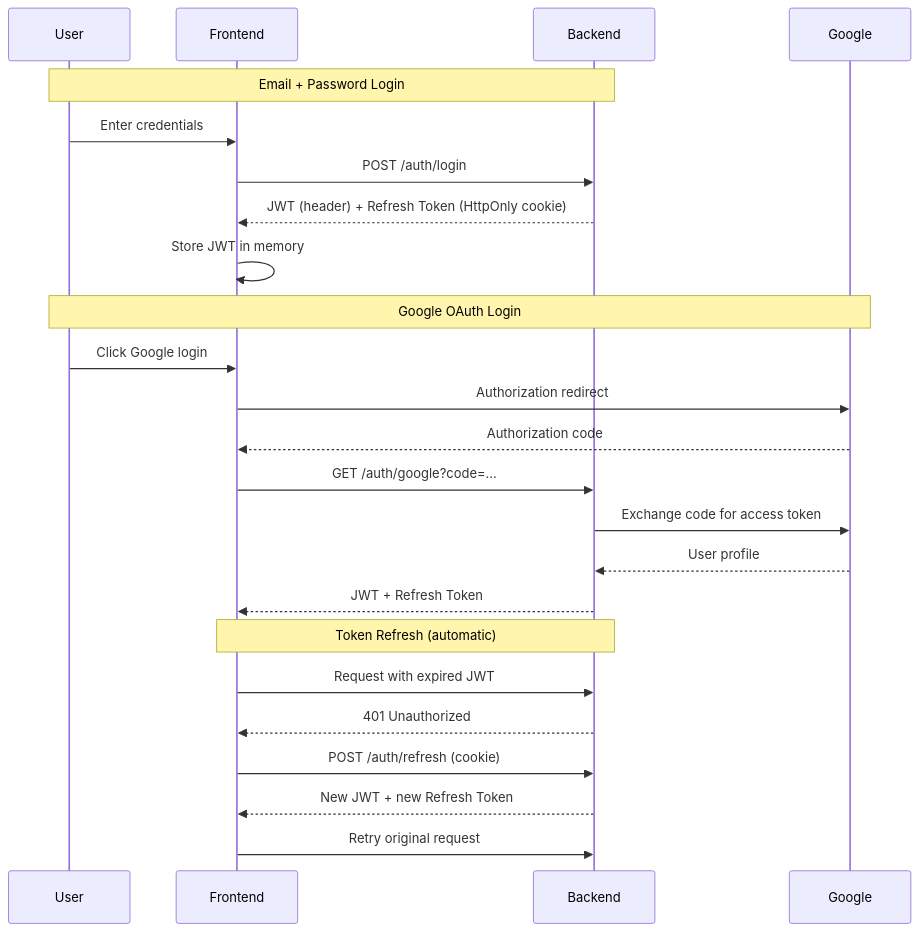
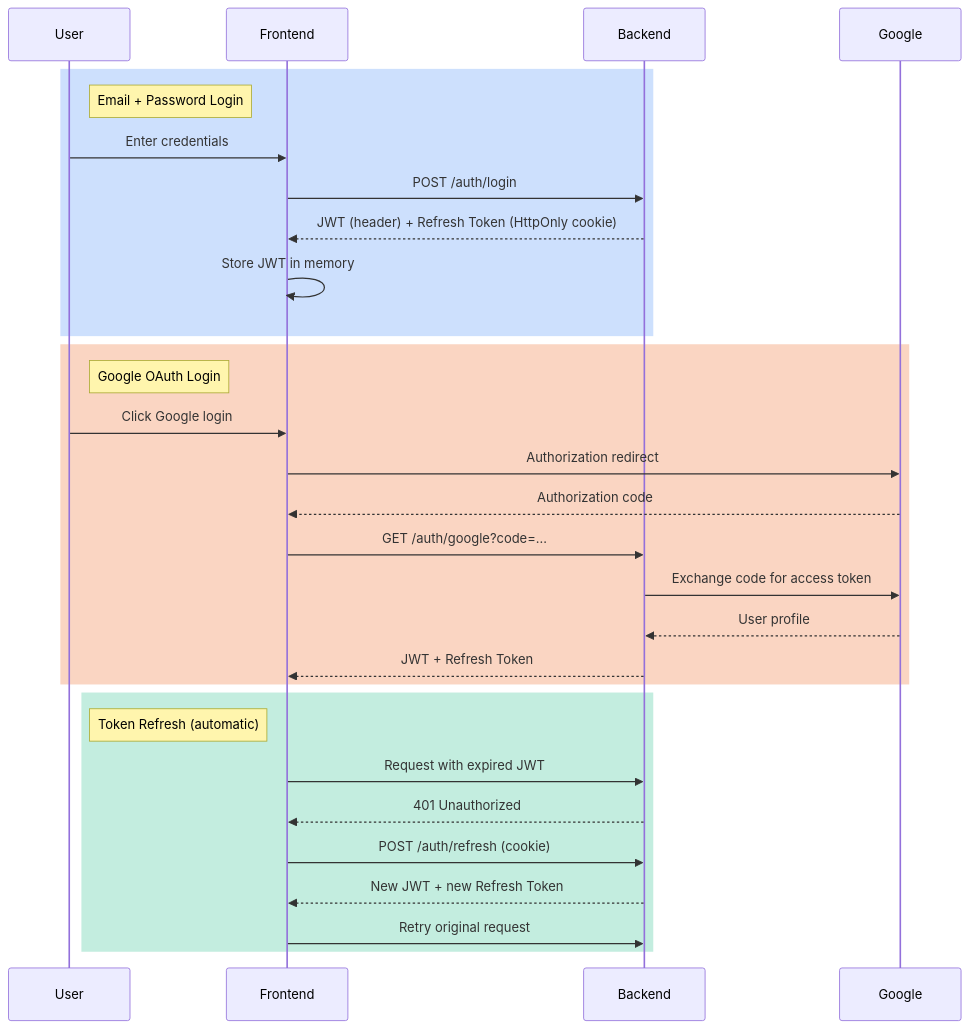
The third of 7 diagrams in architecture/overview/en.md (AndDev741/Beyou-docs-ui), drawn with Mermaid before and after one commit. The commit also changed other lines of this file and 1 other file, not shown here.

````diff
--- a/architecture/overview/en.md
+++ b/architecture/overview/en.md
@@ -75,29 +75,35 @@
 ```mermaid
 sequenceDiagram
   participant U as User
   participant FE as Frontend
   participant BE as Backend
   participant GO as Google
 
-  Note over U,BE: Email + Password Login
+  rect rgba(59, 130, 246, 0.25)
+  Note right of U: Email + Password Login
   U->>FE: Enter credentials
   FE->>BE: POST /auth/login
   BE-->>FE: JWT (header) + Refresh Token (HttpOnly cookie)
   FE->>FE: Store JWT in memory
+  end
 
-  Note over U,GO: Google OAuth Login
+  rect rgba(234, 88, 12, 0.25)
+  Note right of U: Google OAuth Login
   U->>FE: Click Google login
   FE->>GO: Authorization redirect
   GO-->>FE: Authorization code
   FE->>BE: GET /auth/google?code=...
   BE->>GO: Exchange code for access token
   GO-->>BE: User profile
   BE-->>FE: JWT + Refresh Token
+  end
 
-  Note over FE,BE: Token Refresh (automatic)
+  rect rgba(16, 185, 129, 0.25)
+  Note right of U: Token Refresh (automatic)
   FE->>BE: Request with expired JWT
   BE-->>FE: 401 Unauthorized
   FE->>BE: POST /auth/refresh (cookie)
   BE-->>FE: New JWT + new Refresh Token
   FE->>BE: Retry original request
+  end
 ```
````
